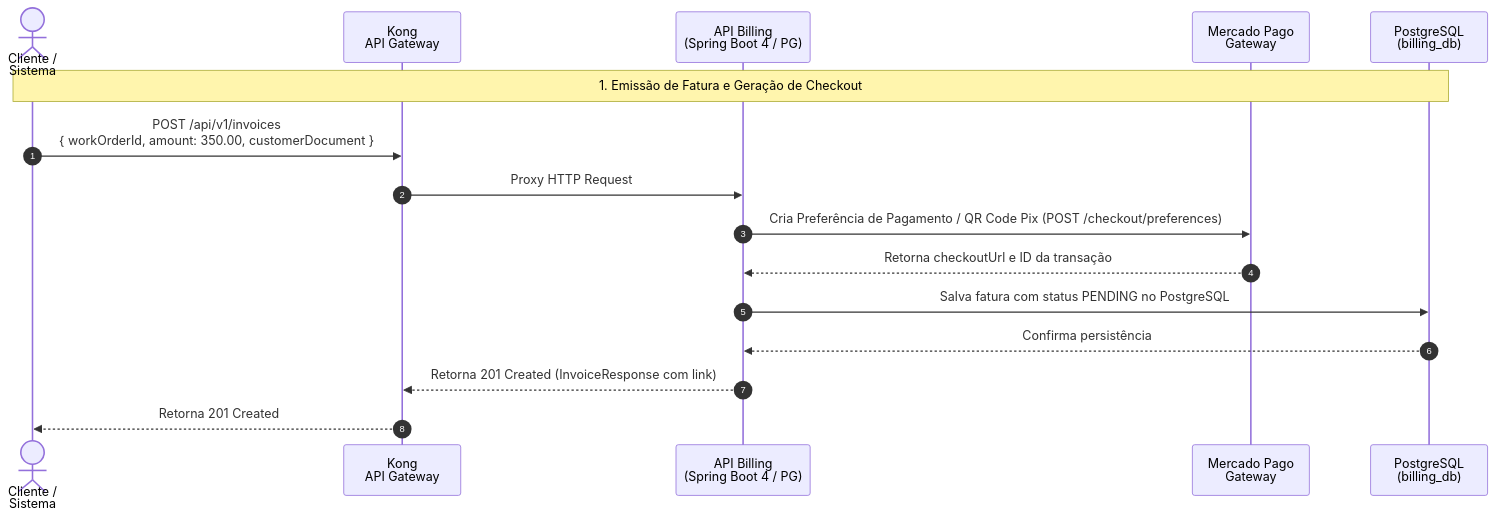
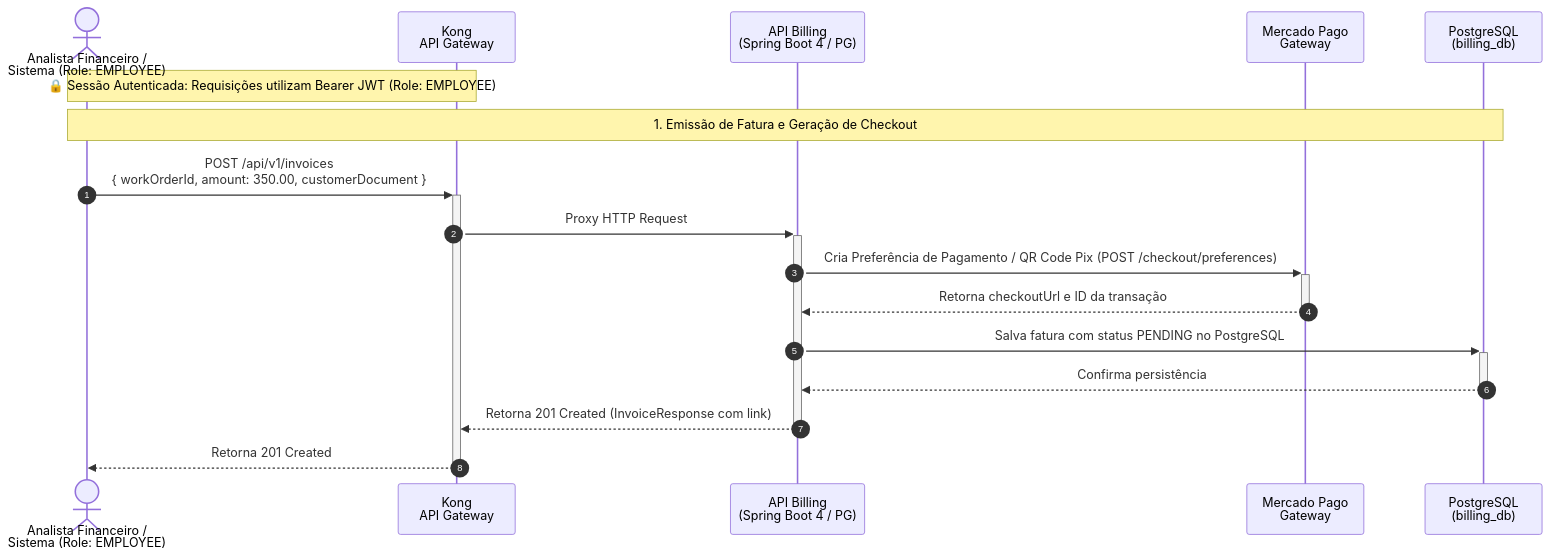
The diagram in src/test/resources/features/billing/invoice_generation.md (rodsordi/15soat-phase4-e2e), drawn with Mermaid before and after one commit. The commit also changed 12 other files, not shown here.

Commit message:
test(e2e): update work order step definitions and feature docs for restful query parameters

````diff
--- a/src/test/resources/features/billing/invoice_generation.md
+++ b/src/test/resources/features/billing/invoice_generation.md
@@ -10,20 +10,22 @@
 ```mermaid
 sequenceDiagram
     autonumber
-    actor Cliente as Cliente /<br/>Sistema
+    actor Cliente as Analista Financeiro /<br/>Sistema (Role: EMPLOYEE)
     participant Kong as Kong<br/>API Gateway
     participant Billing as API Billing<br/>(Spring Boot 4 / PG)
     participant MP as Mercado Pago<br/>Gateway
     participant DB as PostgreSQL<br/>(billing_db)
 
+    Note over Cliente,Kong: 🔒 Sessão Autenticada: Requisições utilizam Bearer JWT (Role: EMPLOYEE)
+
     %% Geração da Fatura
     Note over Cliente,DB: 1. Emissão de Fatura e Geração de Checkout
-    Cliente->>Kong: POST /api/v1/invoices<br/>{ workOrderId, amount: 350.00, customerDocument }
-    Kong->>Billing: Proxy HTTP Request
-    Billing->>MP: Cria Preferência de Pagamento / QR Code Pix (POST /checkout/preferences)
-    MP-->>Billing: Retorna checkoutUrl e ID da transação
-    Billing->>DB: Salva fatura com status PENDING no PostgreSQL
-    DB-->>Billing: Confirma persistência
-    Billing-->>Kong: Retorna 201 Created (InvoiceResponse com link)
-    Kong-->>Cliente: Retorna 201 Created
+    Cliente->>+Kong: POST /api/v1/invoices<br/>{ workOrderId, amount: 350.00, customerDocument }
+    Kong->>+Billing: Proxy HTTP Request
+    Billing->>+MP: Cria Preferência de Pagamento / QR Code Pix (POST /checkout/preferences)
+    MP-->>-Billing: Retorna checkoutUrl e ID da transação
+    Billing->>+DB: Salva fatura com status PENDING no PostgreSQL
+    DB-->>-Billing: Confirma persistência
+    Billing-->>-Kong: Retorna 201 Created (InvoiceResponse com link)
+    Kong-->>-Cliente: Retorna 201 Created
 ```
````
